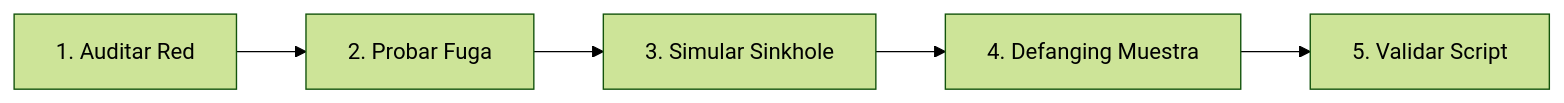
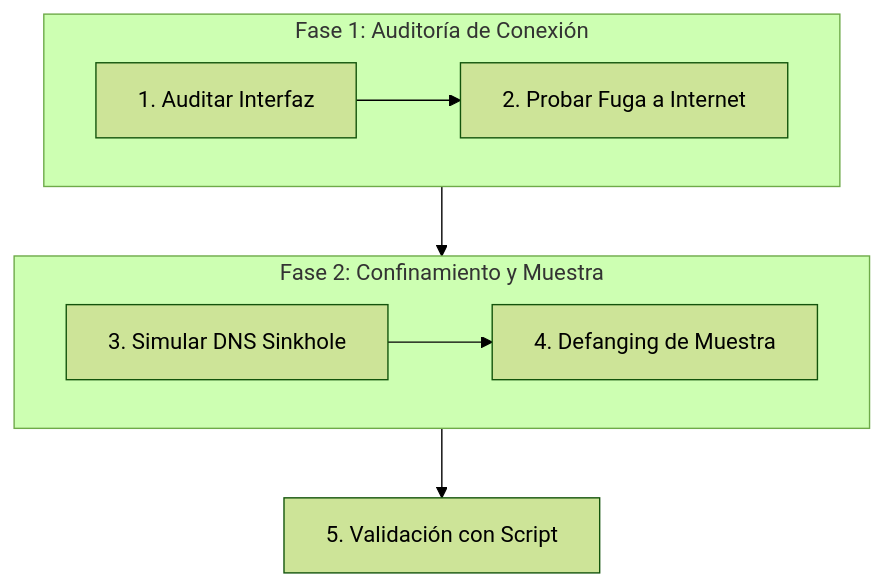
Before and after one commit to purpesec/Cybersecurity-For-Beginners: the diagram in malware-analysis/04-laboratorio-flarevm-remnux-inetsim/lab/README.md, drawn with Mermaid (forest theme). The commit also changed 8 other files, not shown here.

Commit message:
fix(malware-analysis): corregir sintaxis de diagramas Mermaid para compatibilidad estricta con renderizador de GitHub

````diff
--- a/malware-analysis/04-laboratorio-flarevm-remnux-inetsim/lab/README.md
+++ b/malware-analysis/04-laboratorio-flarevm-remnux-inetsim/lab/README.md
@@ -20,4 +20,10 @@
 ```mermaid
-flowchart LR
-    S1["1. Auditar Red"] --> S2["2. Probar Fuga"] --> S3["3. Simular Sinkhole"] --> S4["4. Defanging Muestra"] --> S5["5. Validar Script"]
+flowchart TD
+    subgraph Fase1["Fase 1: Auditoría de Conexión"]
+        S1["1. Auditar Interfaz"] --> S2["2. Probar Fuga a Internet"]
+    end
+    subgraph Fase2["Fase 2: Confinamiento y Muestra"]
+        S3["3. Simular DNS Sinkhole"] --> S4["4. Defanging de Muestra"]
+    end
+    Fase1 --> Fase2 --> S5["5. Validación con Script"]
 ```
````
